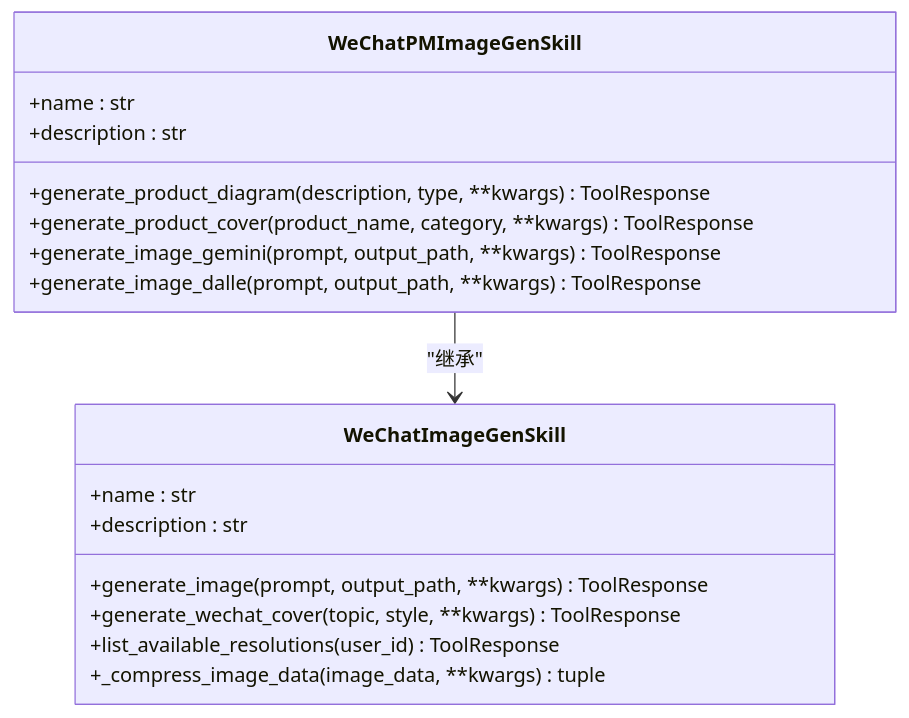
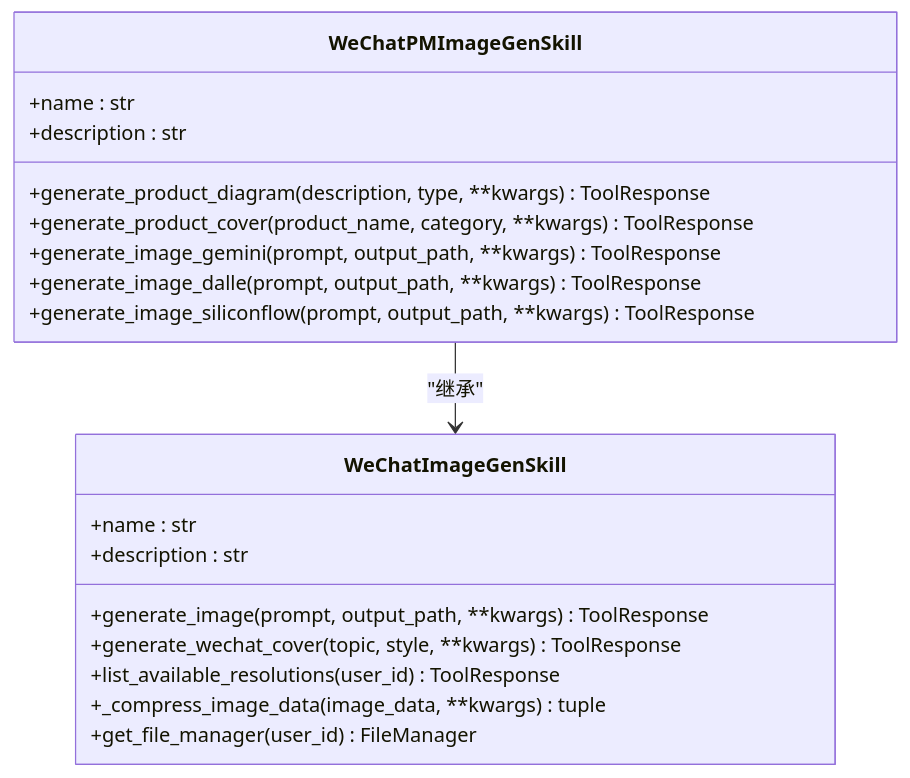
One commit to zhangdahai112/LocalManus changed the fourth of 10 diagrams in .qoder/repowiki/zh/content/微信图像生成功能增强.md. Above: the diagram before and after it, drawn with Mermaid. The commit also changed other lines of this file and 19 other files, not shown here.

````diff
--- a/.qoder/repowiki/zh/content/微信图像生成功能增强.md
+++ b/.qoder/repowiki/zh/content/微信图像生成功能增强.md
@@ -139,20 +178,22 @@
 ```mermaid
 classDiagram
 class WeChatImageGenSkill {
 +name : str
 +description : str
 +generate_image(prompt, output_path, **kwargs) ToolResponse
 +generate_wechat_cover(topic, style, **kwargs) ToolResponse
 +list_available_resolutions(user_id) ToolResponse
 +_compress_image_data(image_data, **kwargs) tuple
++get_file_manager(user_id) FileManager
 }
 class WeChatPMImageGenSkill {
 +name : str
 +description : str
 +generate_product_diagram(description, type, **kwargs) ToolResponse
 +generate_product_cover(product_name, category, **kwargs) ToolResponse
 +generate_image_gemini(prompt, output_path, **kwargs) ToolResponse
 +generate_image_dalle(prompt, output_path, **kwargs) ToolResponse
++generate_image_siliconflow(prompt, output_path, **kwargs) ToolResponse
 }
 WeChatPMImageGenSkill --> WeChatImageGenSkill : "继承"
 ```
````
